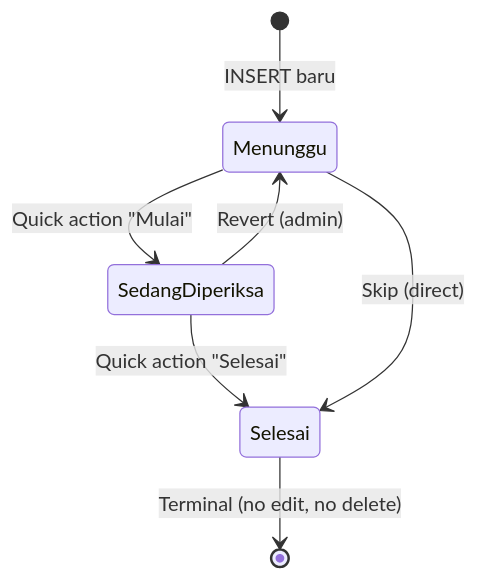
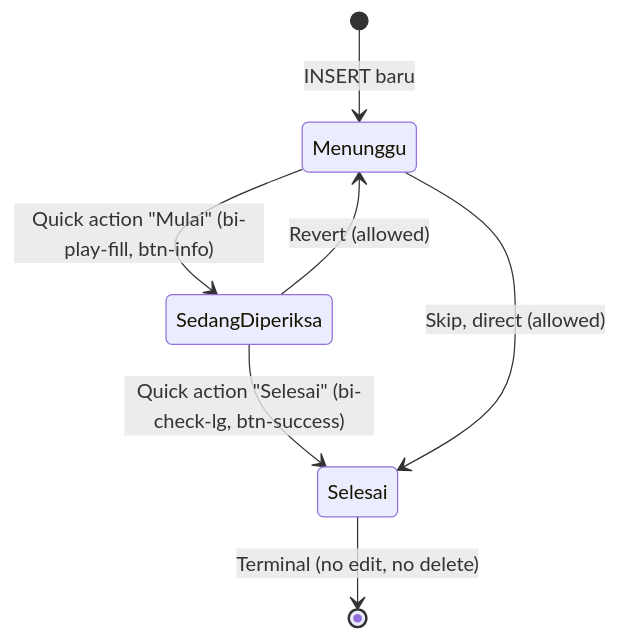
Before and after one commit to TudeOrangBiasa/silk-swarakarna-uas: the eighth of 13 diagrams in docs/business-logic.md, drawn with Mermaid. The commit also changed other lines of this file and 1 other file, not shown here.

First line of the commit message:
docs: full sync architecture + business-logic with codebase

````diff
--- a/docs/business-logic.md
+++ b/docs/business-logic.md
@@ -205,9 +256,9 @@
 ```mermaid
 stateDiagram-v2
     [*] --> Menunggu: INSERT baru
-    Menunggu --> SedangDiperiksa: Quick action "Mulai"
-    SedangDiperiksa --> Selesai: Quick action "Selesai"
-    Menunggu --> Selesai: Skip (direct)
-    SedangDiperiksa --> Menunggu: Revert (admin)
+    Menunggu --> SedangDiperiksa: Quick action "Mulai" (bi-play-fill, btn-info)
+    SedangDiperiksa --> Selesai: Quick action "Selesai" (bi-check-lg, btn-success)
+    Menunggu --> Selesai: Skip, direct (allowed)
+    SedangDiperiksa --> Menunggu: Revert (allowed)
     Selesai --> [*]: Terminal (no edit, no delete)
 ```
````
